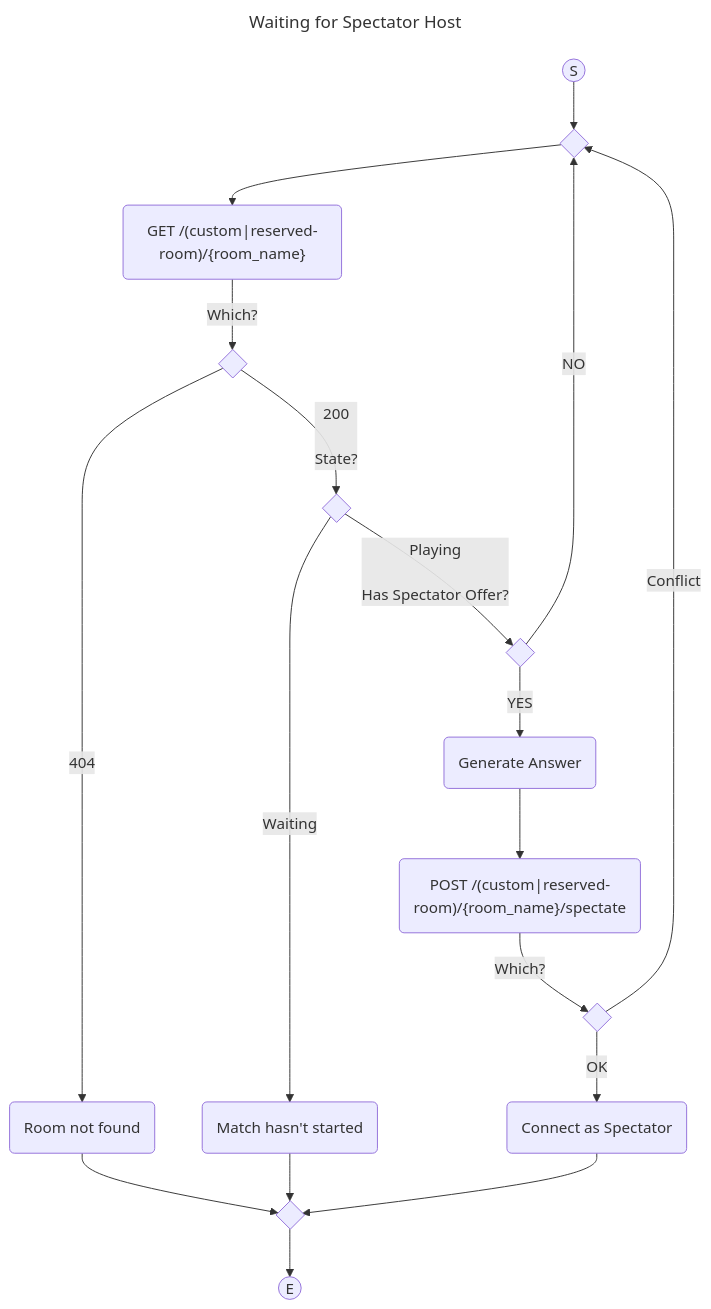
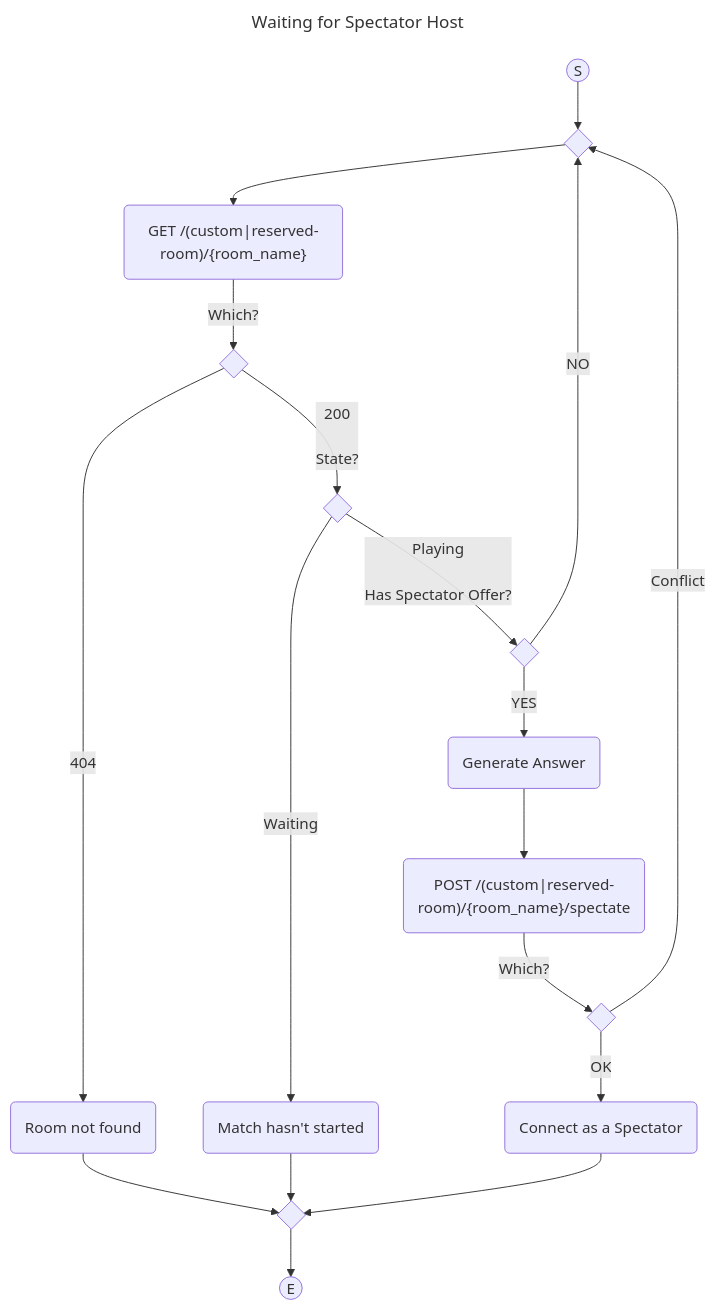
Before and after one commit to progre/junowen: the eighth of 8 diagrams in junowen-server/docs/activity-diagrams.md, drawn with Mermaid. The commit also changed other lines of this file and 7 other files, not shown here.

````diff
--- a/junowen-server/docs/activity-diagrams.md
+++ b/junowen-server/docs/activity-diagrams.md
@@ -228,37 +228,37 @@
 ```mermaid
 ---
 title: Waiting for Spectator Host
 ---
 
 flowchart TB
   direction TB
 
   0000((S))
   0000 --> 1000{ }
   1000 --> 2020("GET /(custom|reserved-room)/{room_name}")
   2020 -- Which? --> 2030{ }
     2030 -- 404 --> 2031(Room not found)
     2031 --> 2998{ }
     %% goto
   %% case
     2030 -- 200<br><br>State? --> 2032{ }
       2032 -- Waiting --> 2034(Match hasn't started)
       2034 --> 2998{ }
       %% goto
     %% case
       2032 -- Playing<br><br>Has Spectator Offer? --> 2036{ }
         2036 -- YES --> 2040(Generate Answer)
       %% else
         2036 -- NO --> 1000
         %% goto
     2040 --> 2060("POST /(custom|reserved-room)/{room_name}/spectate")
     2060 -- Which? --> 2070{ }
       2070 -- Conflict --> 1000
       %% goto
     %% case
-      2070 -- OK --> 2080(Connect as Spectator)
+      2070 -- OK --> 2080(Connect as a Spectator)
       2080 --> 2998{ }
       %% goto
 
   2998 --> 2999((E))
 ```
````
